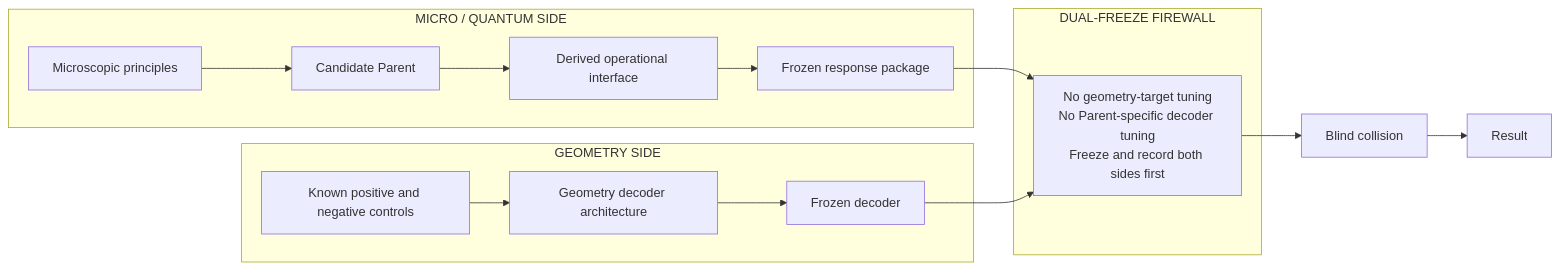
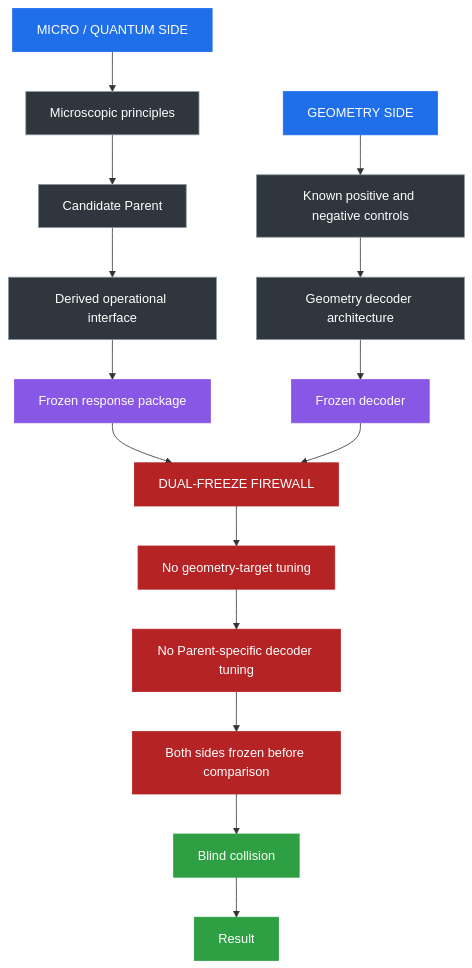
Before and after one commit to cameron467/The-Unbreakable-Law: the first of 5 diagrams in Simplified_Framework/WHY_THIS_IS_NOT_A_THEORY_OF_EVERYTHING_YET.md, drawn with Mermaid. The commit also changed other lines of this file, not shown here.

````diff
--- a/Simplified_Framework/WHY_THIS_IS_NOT_A_THEORY_OF_EVERYTHING_YET.md
+++ b/Simplified_Framework/WHY_THIS_IS_NOT_A_THEORY_OF_EVERYTHING_YET.md
@@ -40,38 +40,52 @@
 ```mermaid
-flowchart LR
+flowchart TB
 
-    subgraph MICRO["MICRO / QUANTUM SIDE"]
-        A["Microscopic principles"]
-        B["Candidate Parent"]
-        C["Derived operational interface"]
-        D["Frozen response package"]
+    A["MICRO / QUANTUM SIDE"]
+    B["Microscopic principles"]
+    C["Candidate Parent"]
+    D["Derived operational interface"]
+    E["Frozen response package"]
 
-        A --> B
-        B --> C
-        C --> D
-    end
+    F["DUAL-FREEZE FIREWALL"]
+    G["No geometry-target tuning"]
+    H["No Parent-specific decoder tuning"]
+    I["Both sides frozen before comparison"]
 
-    subgraph FIREWALL["DUAL-FREEZE FIREWALL"]
-        F["No geometry-target tuning<br/>No Parent-specific decoder tuning<br/>Freeze and record both sides first"]
-    end
+    J["GEOMETRY SIDE"]
+    K["Known positive and negative controls"]
+    L["Geometry decoder architecture"]
+    M["Frozen decoder"]
 
-    subgraph GEOM["GEOMETRY SIDE"]
-        G["Known positive and negative controls"]
-        H["Geometry decoder architecture"]
-        I["Frozen decoder"]
+    N["Blind collision"]
+    O["Result"]
 
-        G --> H
-        H --> I
-    end
+    A --> B
+    B --> C
+    C --> D
+    D --> E
 
-    D --> F
-    I --> F
+    J --> K
+    K --> L
+    L --> M
 
-    F --> J["Blind collision"]
-    J --> K["Result"]
+    E --> F
+    M --> F
 
-    class A,B,C,G,H build;
-    class D,I freeze;
-    class F firewall;
-    class J,K result;
+    F --> G
+    G --> H
+    H --> I
+    I --> N
+    N --> O
+
+    classDef heading fill:#1f6feb,stroke:#1f6feb,color:#ffffff;
+    classDef build fill:#30363d,stroke:#8b949e,color:#ffffff;
+    classDef freeze fill:#8957e5,stroke:#8957e5,color:#ffffff;
+    classDef firewall fill:#b62324,stroke:#b62324,color:#ffffff;
+    classDef result fill:#2ea043,stroke:#2ea043,color:#ffffff;
+
+    class A,J heading;
+    class B,C,D,K,L build;
+    class E,M freeze;
+    class F,G,H,I firewall;
+    class N,O result;
 ```
````
